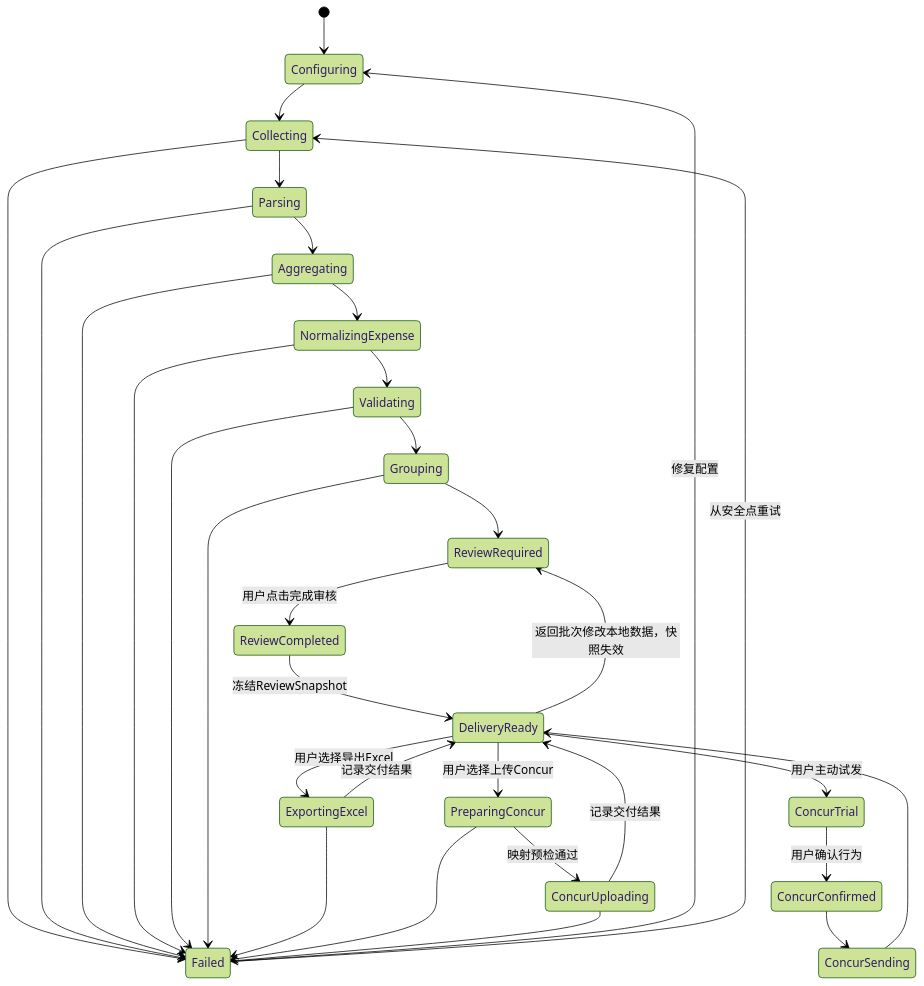
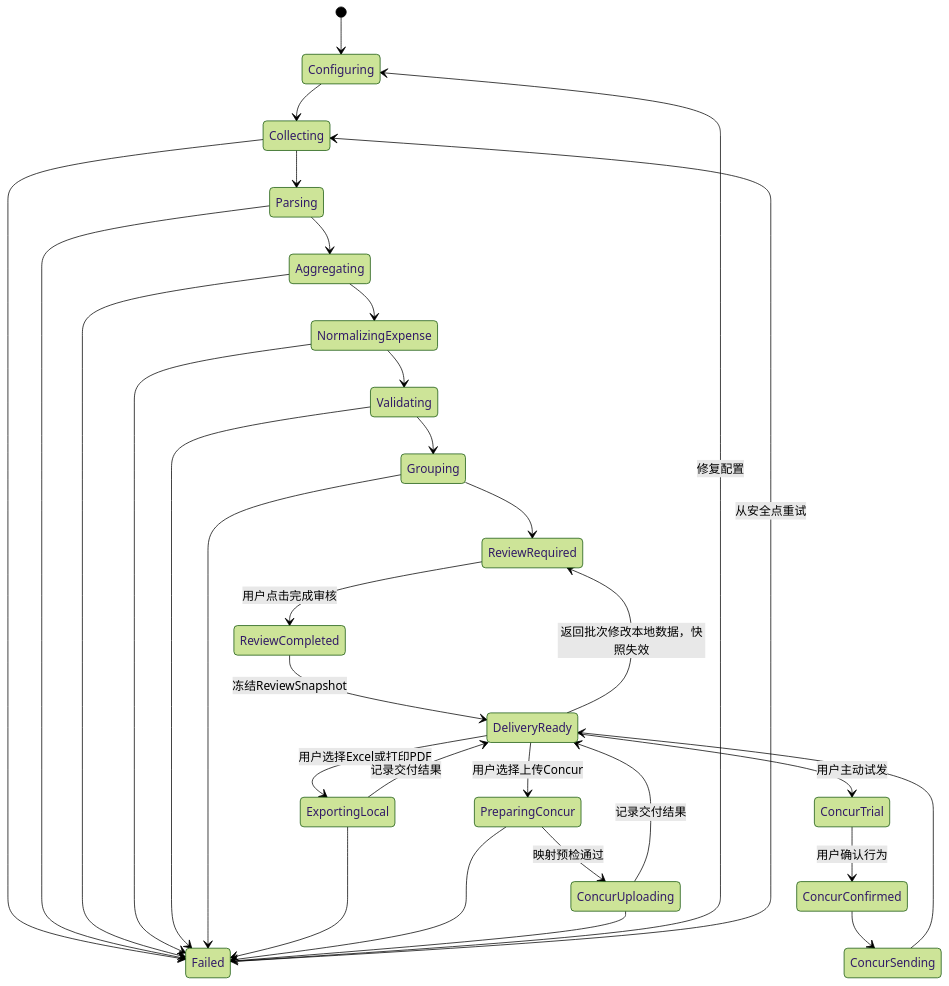
The second of 3 diagrams in specs/mvp-release-baseline/design.md (dadream/invoice_tools), drawn with Mermaid (forest theme) before and after one commit. The commit also changed other lines of this file and 69 other files, not shown here.

````diff
--- a/specs/mvp-release-baseline/design.md
+++ b/specs/mvp-release-baseline/design.md
@@ -231,34 +234,34 @@
 ```mermaid
 stateDiagram-v2
     [*] --> Configuring
     Configuring --> Collecting
     Collecting --> Parsing
     Parsing --> Aggregating
     Aggregating --> NormalizingExpense
     NormalizingExpense --> Validating
     Validating --> Grouping
     Grouping --> ReviewRequired
     ReviewRequired --> ReviewCompleted: 用户点击完成审核
     ReviewCompleted --> DeliveryReady: 冻结ReviewSnapshot
-    DeliveryReady --> ExportingExcel: 用户选择导出Excel
-    ExportingExcel --> DeliveryReady: 记录交付结果
+    DeliveryReady --> ExportingLocal: 用户选择Excel或打印PDF
+    ExportingLocal --> DeliveryReady: 记录交付结果
     DeliveryReady --> PreparingConcur: 用户选择上传Concur
     PreparingConcur --> ConcurUploading: 映射预检通过
     ConcurUploading --> DeliveryReady: 记录交付结果
     DeliveryReady --> ReviewRequired: 返回批次修改本地数据，快照失效
     Collecting --> Failed
     Parsing --> Failed
     Aggregating --> Failed
     NormalizingExpense --> Failed
     Validating --> Failed
     Grouping --> Failed
-    ExportingExcel --> Failed
+    ExportingLocal --> Failed
     PreparingConcur --> Failed
     ConcurUploading --> Failed
     Failed --> Configuring: 修复配置
     Failed --> Collecting: 从安全点重试
     DeliveryReady --> ConcurTrial: 用户主动试发
     ConcurTrial --> ConcurConfirmed: 用户确认行为
     ConcurConfirmed --> ConcurSending
     ConcurSending --> DeliveryReady
 ```
````
